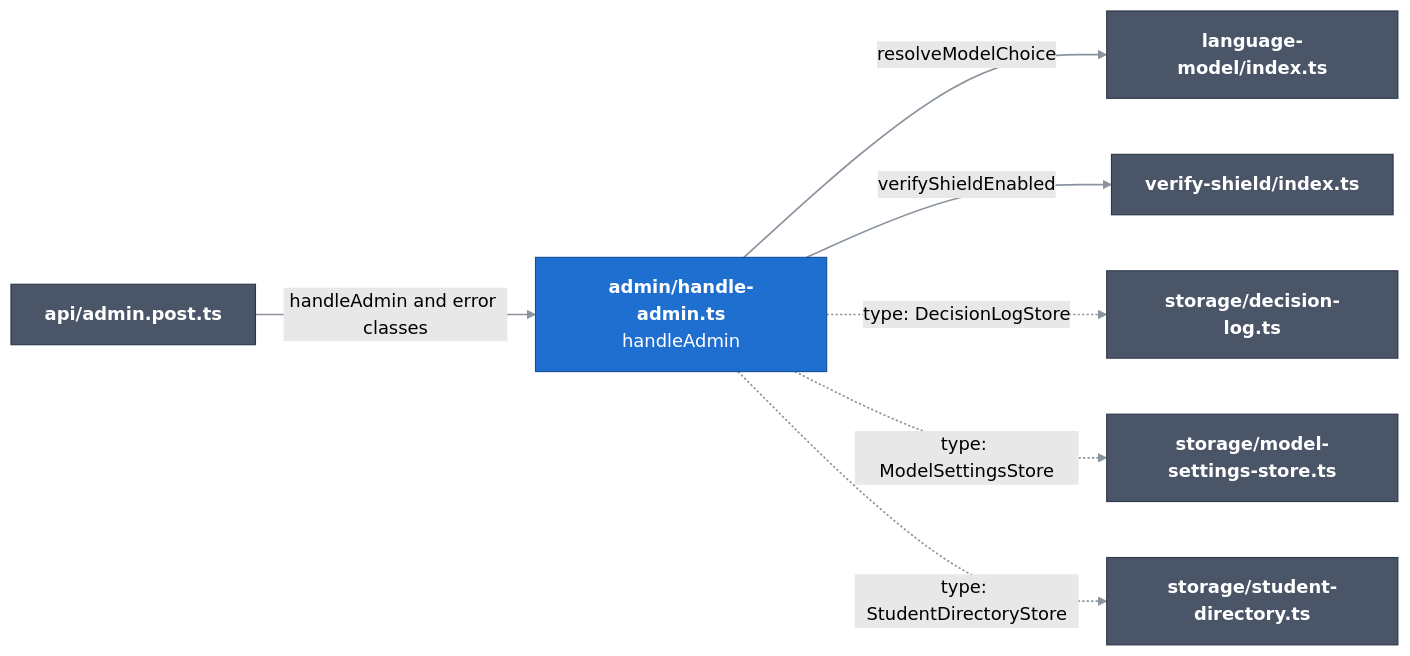
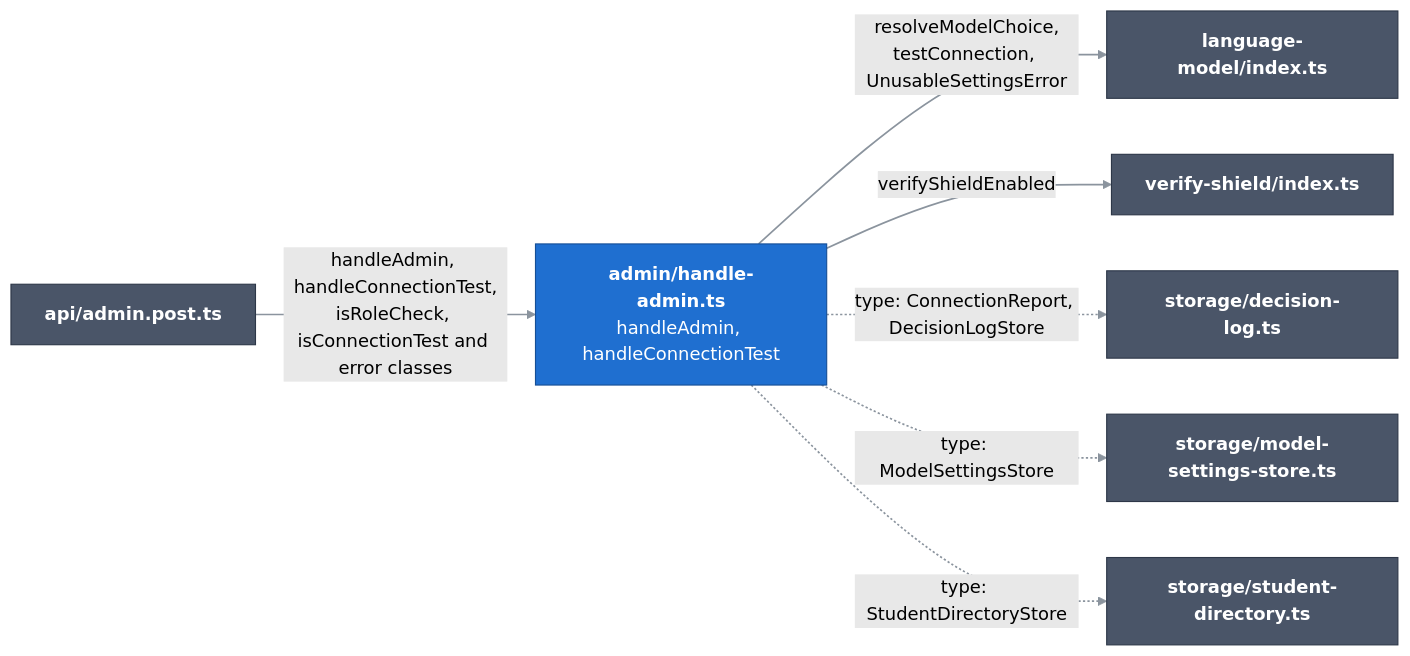
Before and after one commit to Bill2926/COS40005_HN9_Verifiable_Co-Learner_Agent: the diagram in docs/c4/03-components/server/09-admin.md, drawn with Mermaid (forest theme). The commit also changed other lines of this file and 16 other files, not shown here.

First line of the commit message:
Test the language model connection as a reply and a tool call (#204)

````diff
--- a/docs/c4/03-components/server/09-admin.md
+++ b/docs/c4/03-components/server/09-admin.md
@@ -11,21 +11,21 @@
 ```mermaid
 flowchart LR
   classDef comp fill:#1f6fd0,stroke:#164f96,color:#ffffff
   classDef near fill:#4a5568,stroke:#2d3748,color:#ffffff
   linkStyle default stroke:#8b949e,stroke-width:1.5px
 
   route["<b>api/admin.post.ts</b>"]:::near
-  handle["<b>admin/handle-admin.ts</b><br/>handleAdmin"]:::comp
+  handle["<b>admin/handle-admin.ts</b><br/>handleAdmin, handleConnectionTest"]:::comp
   choice["<b>language-model/index.ts</b>"]:::near
   shield["<b>verify-shield/index.ts</b>"]:::near
   decisionLog["<b>storage/decision-log.ts</b>"]:::near
   settings["<b>storage/model-settings-store.ts</b>"]:::near
   directory["<b>storage/student-directory.ts</b>"]:::near
 
-  route -->|"handleAdmin and error classes"| handle
-  handle -->|"resolveModelChoice"| choice
+  route -->|"handleAdmin, handleConnectionTest,<br/>isRoleCheck, isConnectionTest and error classes"| handle
+  handle -->|"resolveModelChoice,<br/>testConnection, UnusableSettingsError"| choice
   handle -->|"verifyShieldEnabled"| shield
-  handle -.->|"type: DecisionLogStore"| decisionLog
+  handle -.->|"type: ConnectionReport, DecisionLogStore"| decisionLog
   handle -.->|"type: ModelSettingsStore"| settings
   handle -.->|"type: StudentDirectoryStore"| directory
 ```
````
